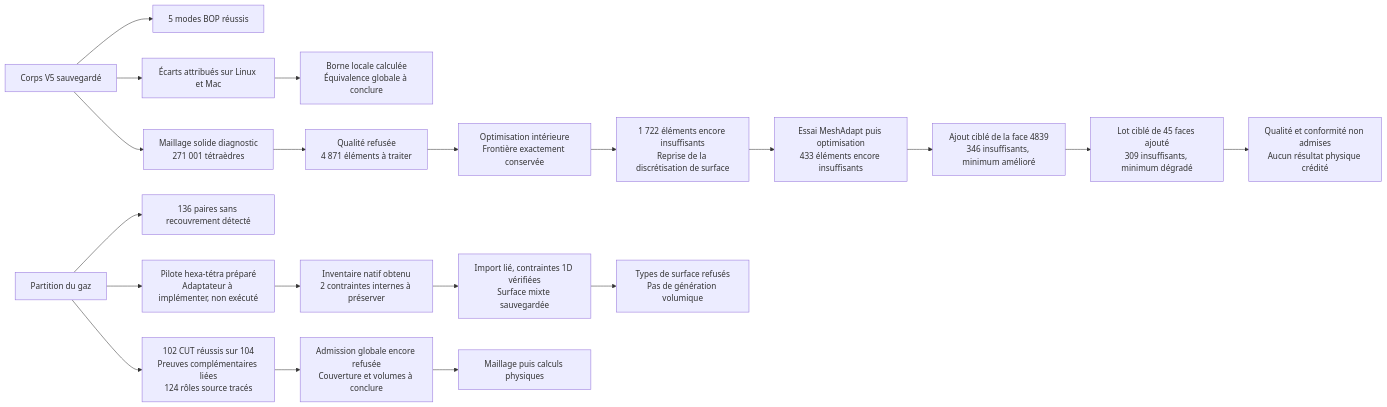
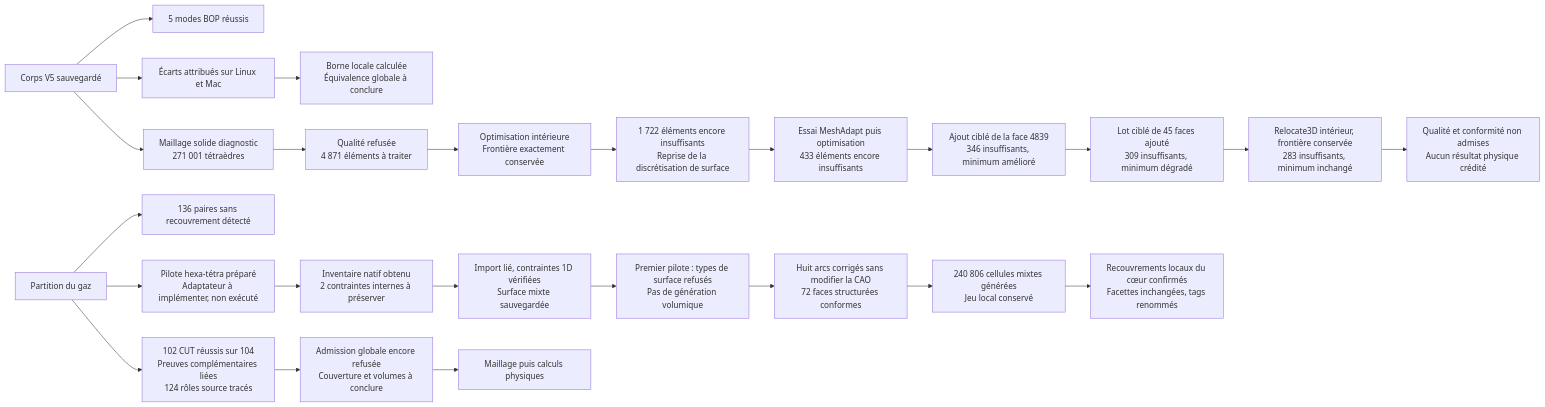
One commit to cluster2600/porscheparts changed the diagram in docs/M64_GEOMETRY_CHECKPOINT_20260908.md. Above: the diagram before and after it, drawn with Mermaid. The commit also changed other lines of this file and 1 other file, not shown here.

````diff
--- a/docs/M64_GEOMETRY_CHECKPOINT_20260908.md
+++ b/docs/M64_GEOMETRY_CHECKPOINT_20260908.md
@@ -876,22 +978,26 @@
 ```mermaid
 flowchart LR
     A[Corps V5 sauvegardé] --> B[5 modes BOP réussis]
     A --> C[Écarts attribués sur Linux et Mac]
     C --> D[Borne locale calculée<br/>Équivalence globale à conclure]
     A --> J[Maillage solide diagnostic<br/>271 001 tétraèdres]
     J --> K[Qualité refusée<br/>4 871 éléments à traiter]
     K --> L[Optimisation intérieure<br/>Frontière exactement conservée]
     L --> M[1 722 éléments encore insuffisants<br/>Reprise de la discrétisation de surface]
     M --> O[Essai MeshAdapt puis optimisation<br/>433 éléments encore insuffisants]
     O --> P[Ajout ciblé de la face 4839<br/>346 insuffisants, minimum amélioré]
     P --> S[Lot ciblé de 45 faces ajouté<br/>309 insuffisants, minimum dégradé]
-    S --> Q[Qualité et conformité non admises<br/>Aucun résultat physique crédité]
+    S --> Y[Relocate3D intérieur, frontière conservée<br/>283 insuffisants, minimum inchangé]
+    Y --> Q[Qualité et conformité non admises<br/>Aucun résultat physique crédité]
     E[Partition du gaz] --> F[136 paires sans recouvrement détecté]
     E --> N[Pilote hexa-tétra préparé<br/>Adaptateur à implémenter, non exécuté]
     N --> R[Inventaire natif obtenu<br/>2 contraintes internes à préserver]
     R --> T[Import lié, contraintes 1D vérifiées<br/>Surface mixte sauvegardée]
-    T --> U[Types de surface refusés<br/>Pas de génération volumique]
+    T --> U[Premier pilote : types de surface refusés<br/>Pas de génération volumique]
+    U --> V[Huit arcs corrigés sans modifier la CAO<br/>72 faces structurées conformes]
+    V --> W[240 806 cellules mixtes générées<br/>Jeu local conservé]
+    W --> X[Recouvrements locaux du cœur confirmés<br/>Facettes inchangées, tags renommés]
     E --> G[102 CUT réussis sur 104<br/>Preuves complémentaires liées<br/>124 rôles source tracés]
     G --> H[Admission globale encore refusée<br/>Couverture et volumes à conclure]
     H --> I[Maillage puis calculs physiques]
 ```
````
